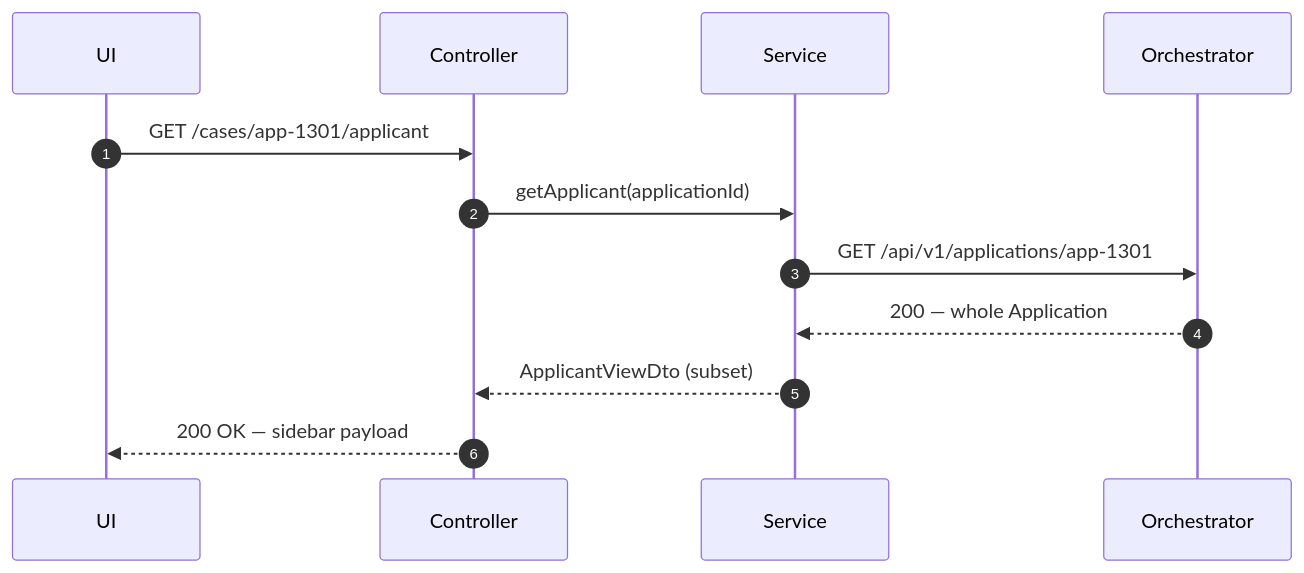
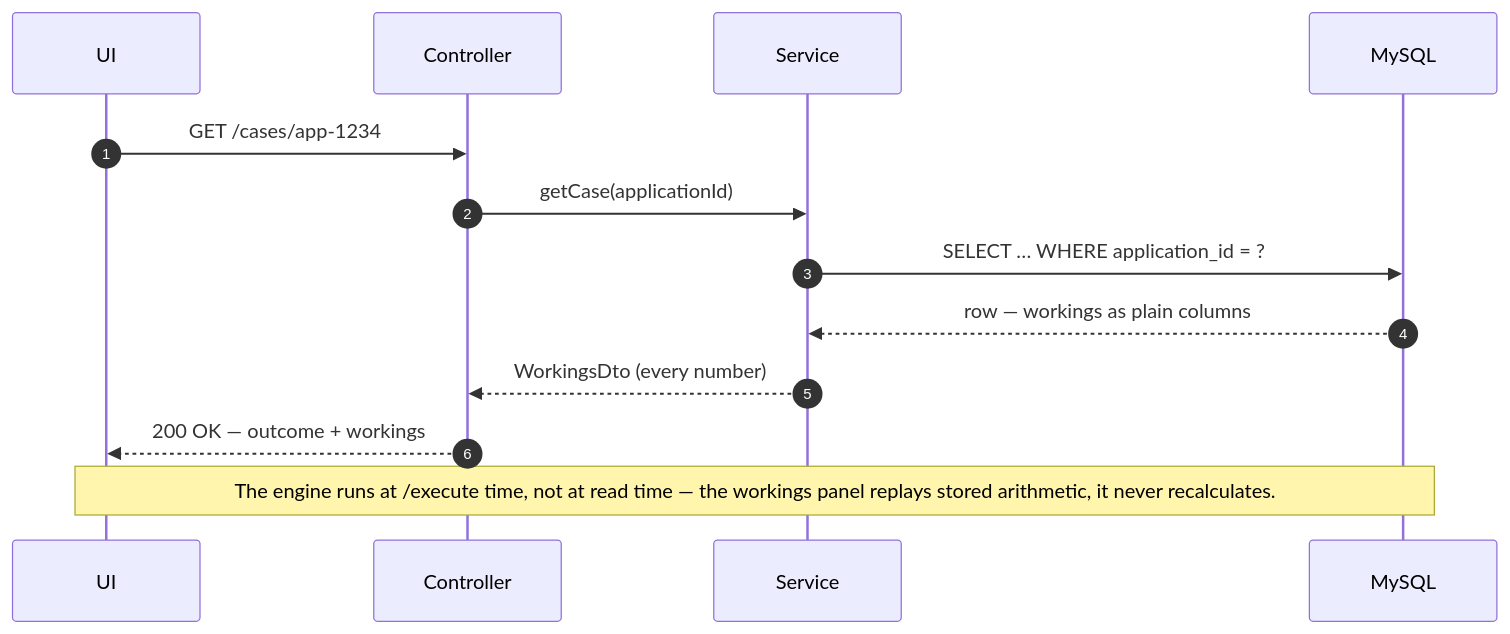
The first of 3 diagrams in task00.md (Neueda-Learning/neo-05), drawn with Mermaid before and after one commit. The commit also changed other lines of this file and 4 other files, not shown here.

````diff
--- a/task00.md
+++ b/task00.md
@@ -49,14 +59,15 @@
 ```mermaid
 sequenceDiagram
     autonumber
     participant UI
     participant Controller
     participant Service
-    participant Orchestrator
-    UI->>Controller: GET /cases/app-1301/applicant
-    Controller->>Service: getApplicant(applicationId)
-    Service->>Orchestrator: GET /api/v1/applications/app-1301
-    Orchestrator-->>Service: 200 — whole Application
-    Service-->>Controller: ApplicantViewDto (subset)
-    Controller-->>UI: 200 OK — sidebar payload
+    participant MySQL
+    UI->>Controller: GET /cases/app-1234
+    Controller->>Service: getCase(applicationId)
+    Service->>MySQL: SELECT … WHERE application_id = ?
+    MySQL-->>Service: row — workings as plain columns
+    Service-->>Controller: WorkingsDto (every number)
+    Controller-->>UI: 200 OK — outcome + workings
+    Note over UI,MySQL: The engine runs at /execute time, not at read time — the workings panel replays stored arithmetic, it never recalculates.
 ```
````
